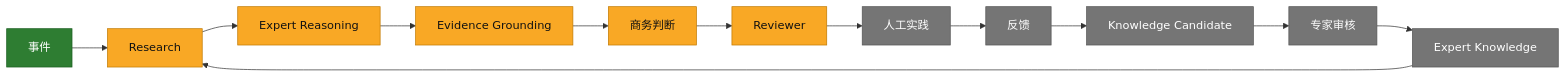
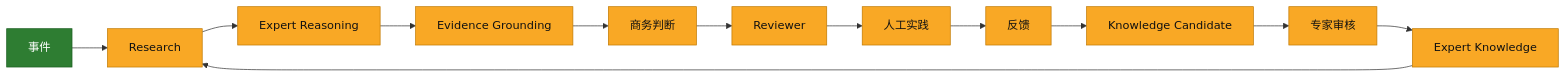
One commit to FlyingJackLee/expert-engine changed the first of 5 diagrams in docs/architecture.md. Above: the diagram before and after it, drawn with Mermaid. The commit also changed other lines of this file and 14 other files, not shown here.

Commit message:
feat: add feedback-driven knowledge candidates

````diff
--- a/docs/architecture.md
+++ b/docs/architecture.md
@@ -16,21 +16,21 @@
 ```mermaid
 flowchart LR
     Event[事件] --> Research[Research]
     Research --> Reason[Expert Reasoning]
     Reason --> Ground[Evidence Grounding]
     Ground --> Business[商务判断]
     Business --> Reviewer[Reviewer]
     Reviewer --> Practice[人工实践]
     Practice --> Feedback[反馈]
     Feedback --> Candidate[Knowledge Candidate]
     Candidate --> Approval[专家审核]
     Approval --> Knowledge[Expert Knowledge]
     Knowledge --> Research
 
     classDef done fill:#2e7d32,color:#fff,stroke:#1b5e20;
     classDef partial fill:#f9a825,color:#111,stroke:#c17900;
     classDef planned fill:#757575,color:#fff,stroke:#555;
     class Event done;
     class Research,Reason,Ground,Business,Reviewer partial;
-    class Practice,Feedback,Candidate,Approval,Knowledge planned;
+    class Practice,Feedback,Candidate,Approval,Knowledge partial;
 ```
````
